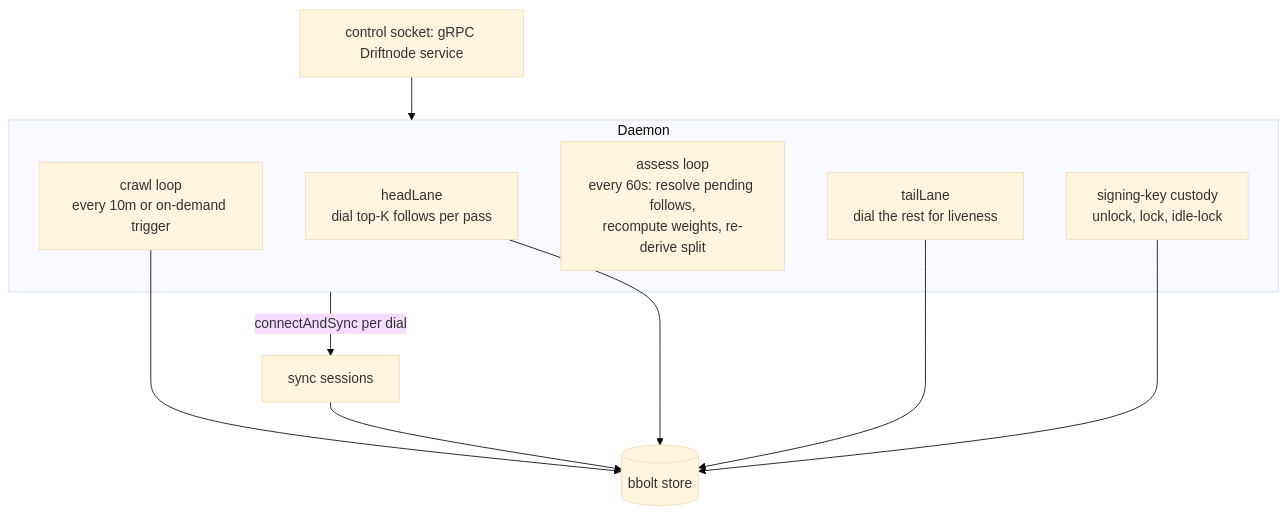
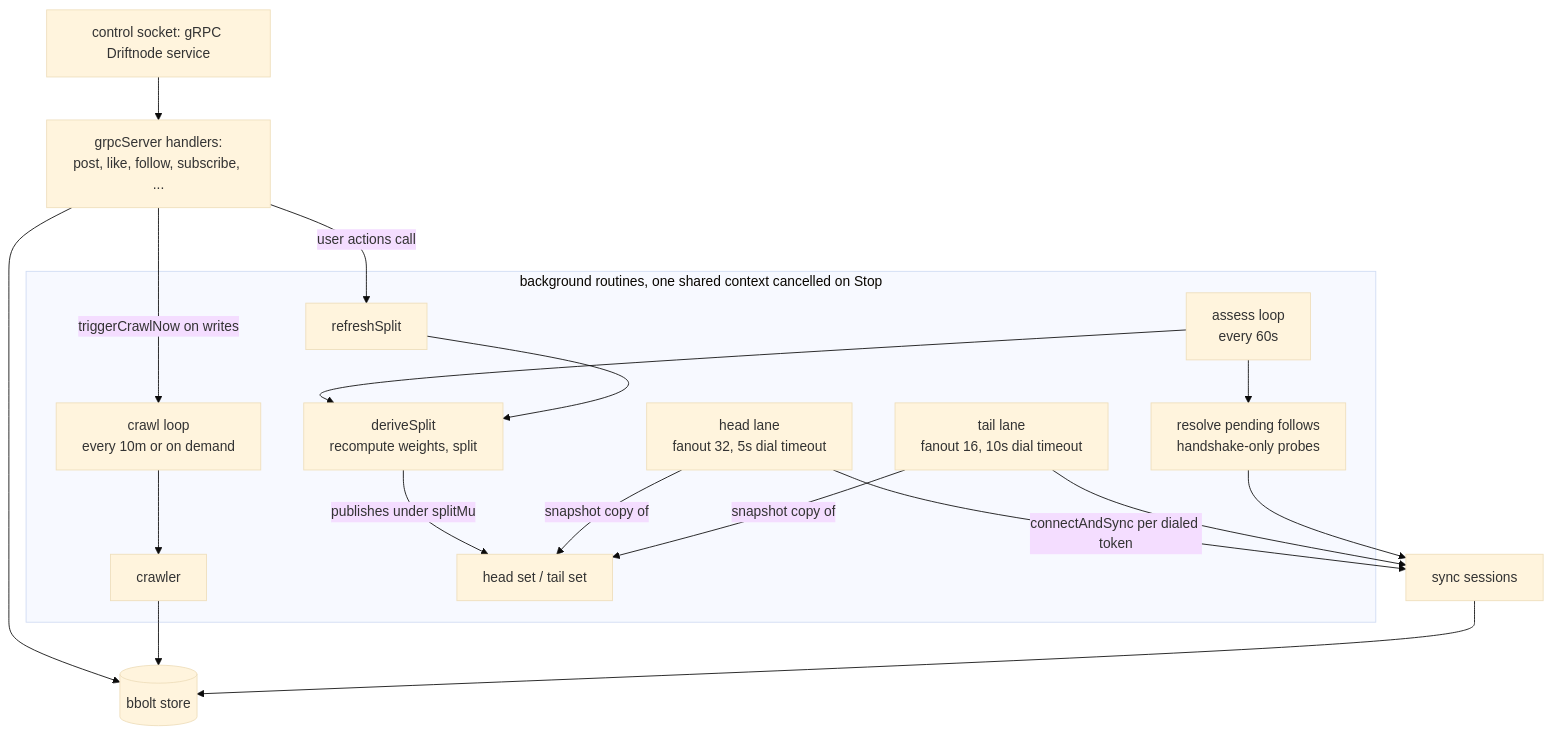
The fifth of 5 diagrams in docs/architecture.md (metalgate-xyz/driftnode), drawn with Mermaid (base theme) before and after one commit. The commit also changed other lines of this file, not shown here.

Commit message:
docs: update architecture document

````diff
--- a/docs/architecture.md
+++ b/docs/architecture.md
@@ -290,17 +535,21 @@
 ```mermaid
 flowchart TB
-  GRPC[control socket: gRPC Driftnode service] --> DAEMON
-  subgraph DAEMON[Daemon]
-    HL[headLane<br/>dial top-K follows per pass]
-    TL[tailLane<br/>dial the rest for liveness]
-    ASSESS[assess loop<br/>every 60s: resolve pending follows,<br/>recompute weights, re-derive split]
-    CRAWL[crawl loop<br/>every 10m or on-demand trigger]
-    SIG[signing-key custody<br/>unlock, lock, idle-lock]
+  RPC["control socket: gRPC Driftnode service"] --> GRPC["grpcServer handlers:<br/>post, like, follow, subscribe, ..."]
+  GRPC --> ST[("bbolt store")]
+  GRPC -->|"user actions call"| RS["refreshSplit"]
+  subgraph BG[background routines, one shared context cancelled on Stop]
+    CL["crawl loop<br/>every 10m or on demand"] --> CRAW["crawler"]
+    AL["assess loop<br/>every 60s"] --> RP["resolve pending follows<br/>handshake-only probes"]
+    AL --> DS["deriveSplit<br/>recompute weights, split"]
+    RS --> DS
+    DS -->|publishes under splitMu| SPL["head set / tail set"]
+    HL["head lane<br/>fanout 32, 5s dial timeout"] -->|snapshot copy of| SPL
+    TL["tail lane<br/>fanout 16, 10s dial timeout"] -->|snapshot copy of| SPL
   end
-  DAEMON -->|connectAndSync per dial| SYNC[sync sessions]
-  CRAWL --> STORE[(bbolt store)]
-  SYNC --> STORE
-  HL --> STORE
-  TL --> STORE
-  SIG --> STORE
+  CRAW --> ST
+  GRPC -->|"triggerCrawlNow on writes"| CL
+  HL -->|"connectAndSync per dialed token"| SESS["sync sessions"]
+  TL --> SESS
+  RP --> SESS
+  SESS --> ST
 ```
````
